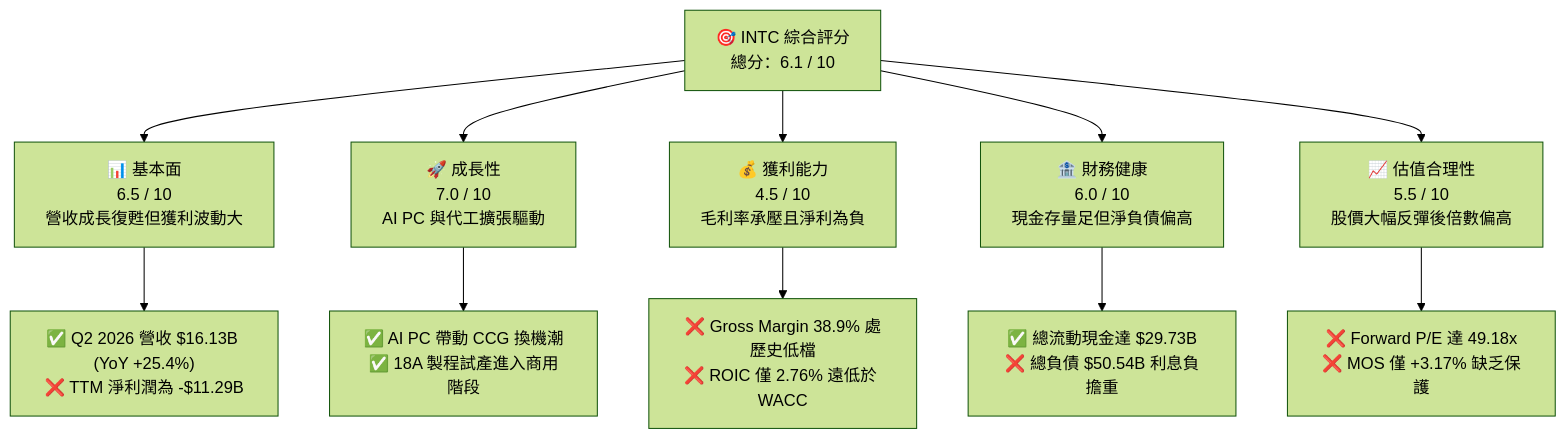
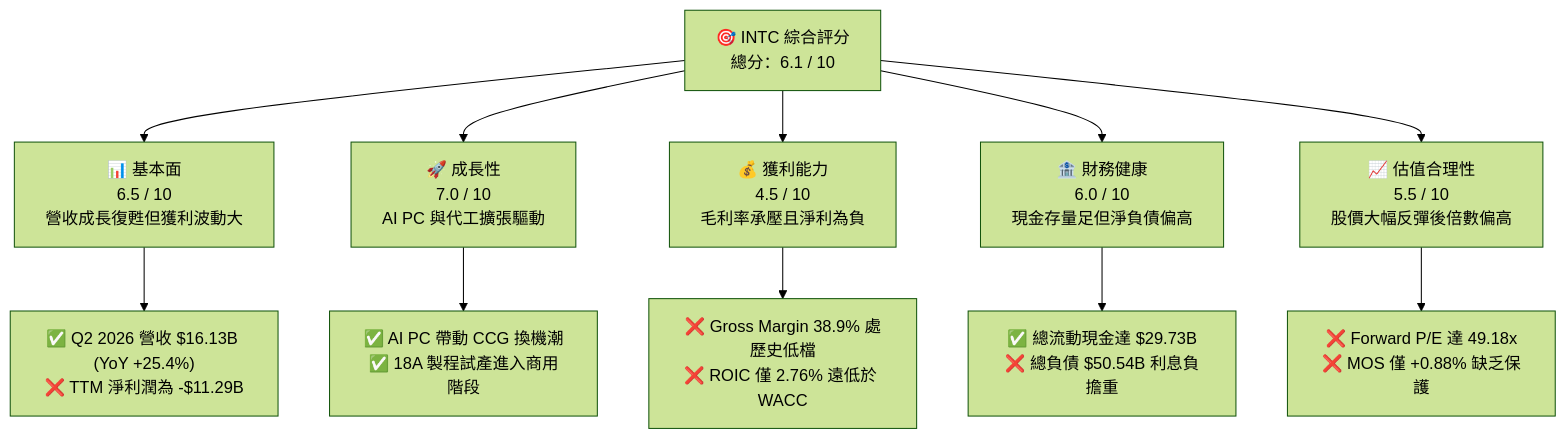
Before and after one commit to yennanliu/finance_data: the first of 16 diagrams in ai_gen_report/fundamental/intc/fundamental_analysis_2026-10-13_gemini-2.md, drawn with Mermaid (forest theme). The commit also changed other lines of this file and 339 other files, not shown here.

````diff
--- a/ai_gen_report/fundamental/intc/fundamental_analysis_2026-10-13_gemini-2.md
+++ b/ai_gen_report/fundamental/intc/fundamental_analysis_2026-10-13_gemini-2.md
@@ -61,22 +68,22 @@
 ```mermaid
 graph TD
     INTC["🎯 INTC 綜合評分<br/>總分：6.1 / 10"]
 
     F["📊 基本面<br/>6.5 / 10<br/>營收成長復甦但獲利波動大"]
     G["🚀 成長性<br/>7.0 / 10<br/>AI PC 與代工擴張驅動"]
     P["💰 獲利能力<br/>4.5 / 10<br/>毛利率承壓且淨利為負"]
     B["🏦 財務健康<br/>6.0 / 10<br/>現金存量足但淨負債偏高"]
     V["📈 估值合理性<br/>5.5 / 10<br/>股價大幅反彈後倍數偏高"]
 
     INTC --> F
     INTC --> G
     INTC --> P
     INTC --> B
     INTC --> V
 
     F --> F1["✅ Q2 2026 營收 $16.13B (YoY +25.4%)<br/>❌ TTM 淨利潤為 -$11.29B"]
     G --> G1["✅ AI PC 帶動 CCG 換機潮<br/>✅ 18A 製程試產進入商用階段"]
     P --> P1["❌ Gross Margin 38.9% 處歷史低檔<br/>❌ ROIC 僅 2.76% 遠低於 WACC"]
     B --> B1["✅ 總流動現金達 $29.73B<br/>❌ 總負債 $50.54B 利息負擔重"]
-    V --> V1["❌ Forward P/E 達 49.18x<br/>❌ MOS 僅 +3.17% 缺乏保護"]
+    V --> V1["❌ Forward P/E 達 49.18x<br/>❌ MOS 僅 +0.88% 缺乏保護"]
 ```
````
